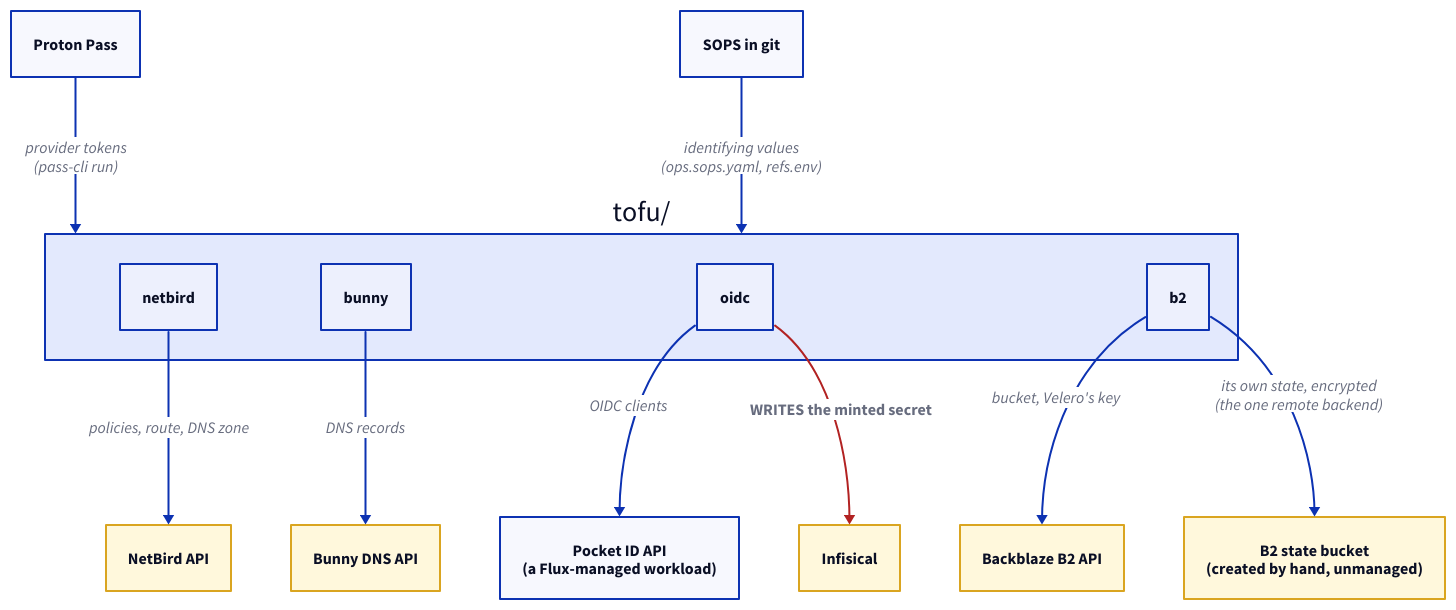
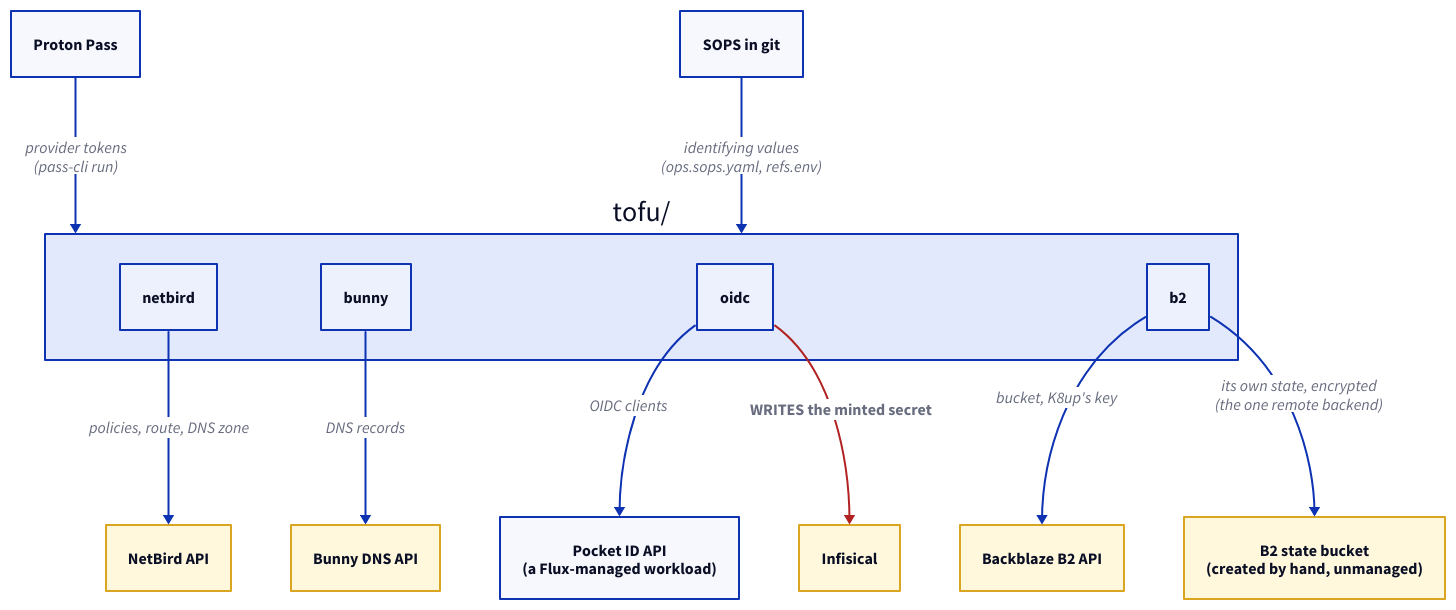
One commit to brewcoua/futhark changed the diagram in docs/src/tofu/index.md. Above: the diagram before and after it, drawn with D2. The commit also changed other lines of this file and 47 other files, not shown here.

````diff
--- a/docs/src/tofu/index.md
+++ b/docs/src/tofu/index.md
@@ -130,46 +130,46 @@
 ```d2
 direction: down
 
 classes: {
   external: {
     style: {
       stroke: goldenrod
       fill: cornsilk
     }
   }
   danger: {
     style: {
       bold: true
       stroke: firebrick
     }
   }
 }
 
 pass: Proton Pass
 sops: SOPS in git
 infisical: Infisical { class: external }
 
 modules: "tofu/" {
   bunny
   oidc
   netbird
   b2
 }
 
 pass -> modules: provider tokens\n(pass-cli run)
 sops -> modules: identifying values\n(ops.sops.yaml, refs.env)
 
 modules.bunny -> bunny-api: DNS records
 modules.netbird -> nb-api: policies, route, DNS zone
 modules.oidc -> pocketid: OIDC clients
-modules.b2 -> b2-api: bucket, Velero's key
+modules.b2 -> b2-api: bucket, K8up's key
 modules.b2 -> b2-state: "its own state, encrypted\n(the one remote backend)"
 
 bunny-api: Bunny DNS API { class: external }
 nb-api: NetBird API { class: external }
 pocketid: "Pocket ID API\n(a Flux-managed workload)"
 b2-api: Backblaze B2 API { class: external }
 b2-state: "B2 state bucket\n(created by hand, unmanaged)" { class: external }
 
 modules.oidc -> infisical: WRITES the minted secret { class: danger }
 ```
````
